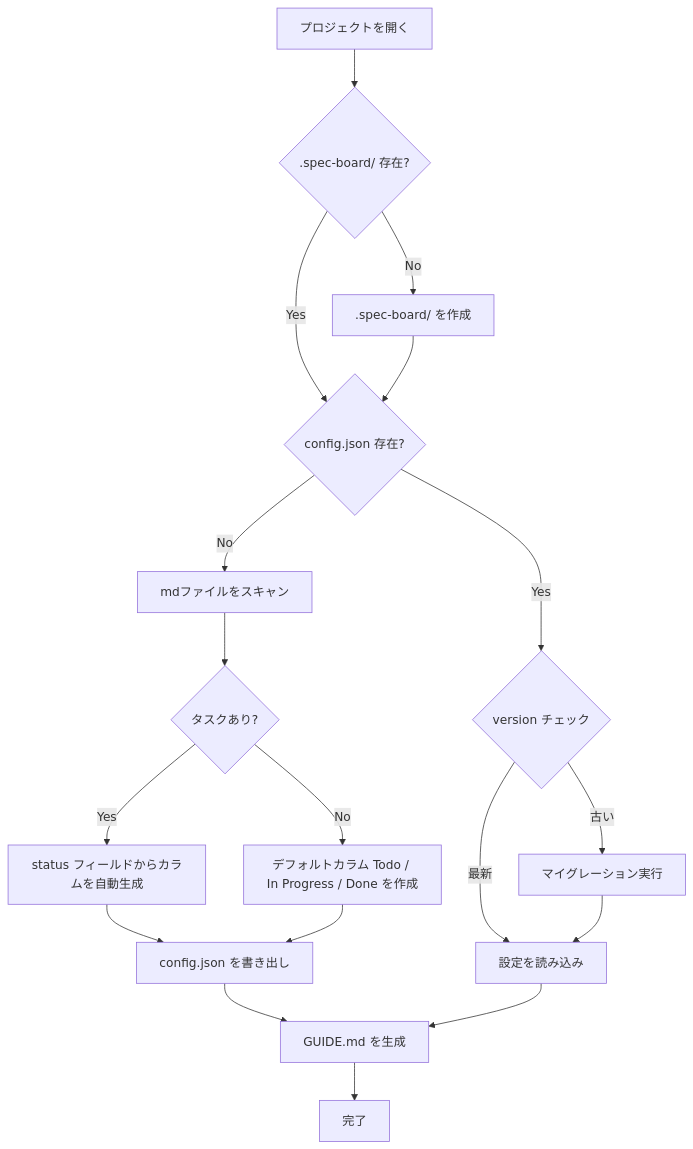
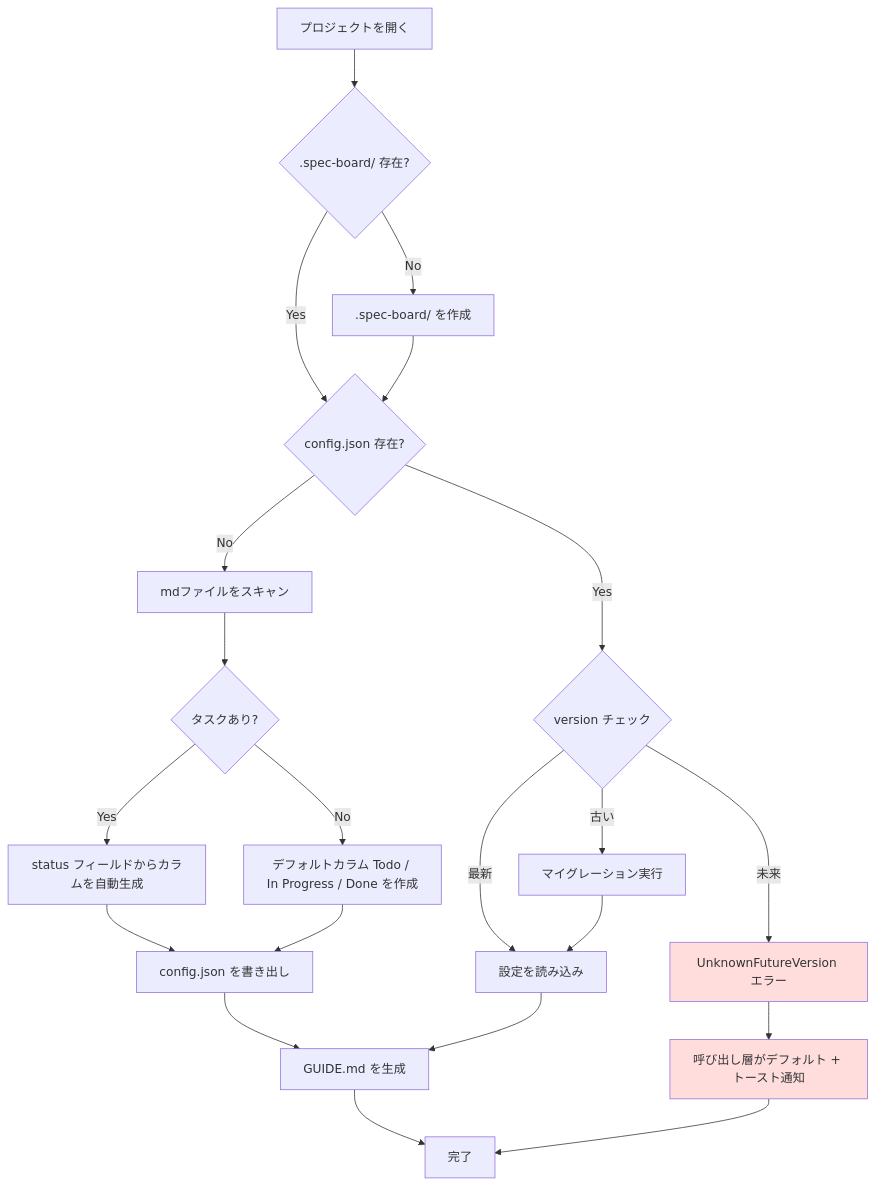
One commit to DIO0550/spec-board changed the diagram in docs/spec-board/config-spec.md. Above: the diagram before and after it, drawn with Mermaid. The commit also changed other lines of this file and 1 other file, not shown here.

````diff
--- a/docs/spec-board/config-spec.md
+++ b/docs/spec-board/config-spec.md
@@ -78,20 +81,26 @@
 ```mermaid
 flowchart TD
     A[プロジェクトを開く] --> B{.spec-board/ 存在?}
     B -->|No| C[.spec-board/ を作成]
     B -->|Yes| D{config.json 存在?}
     C --> D
     D -->|No| E[mdファイルをスキャン]
     D -->|Yes| F{version チェック}
     E --> G{タスクあり?}
     G -->|Yes| H[status フィールドからカラムを自動生成]
     G -->|No| I[デフォルトカラム Todo / In Progress / Done を作成]
     H --> J[config.json を書き出し]
     I --> J
     J --> K[GUIDE.md を生成]
     F -->|最新| L[設定を読み込み]
     F -->|古い| M[マイグレーション実行]
+    F -->|未来| X[UnknownFutureVersion エラー]
+    X --> Y[呼び出し層がデフォルト + トースト通知]
     M --> L
     L --> K
     K --> N[完了]
+    Y --> N
+
+    style X fill:#fdd
+    style Y fill:#fdd
 ```
````
